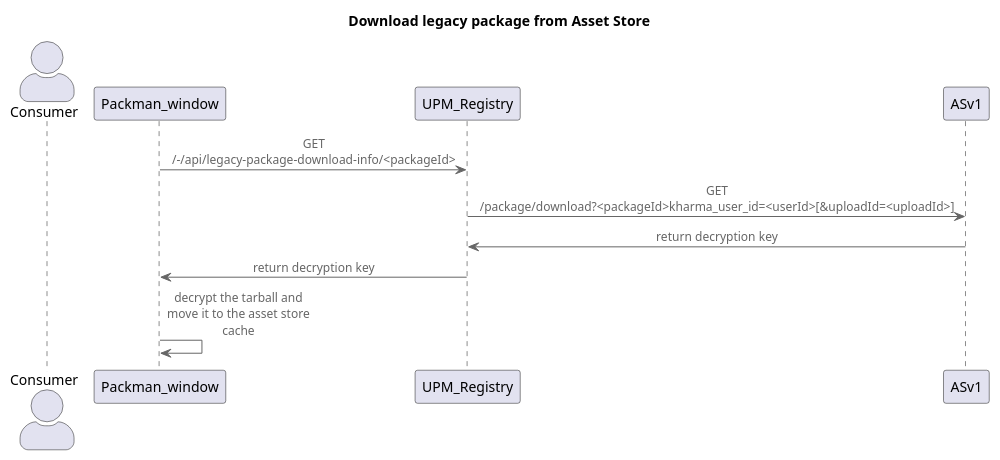
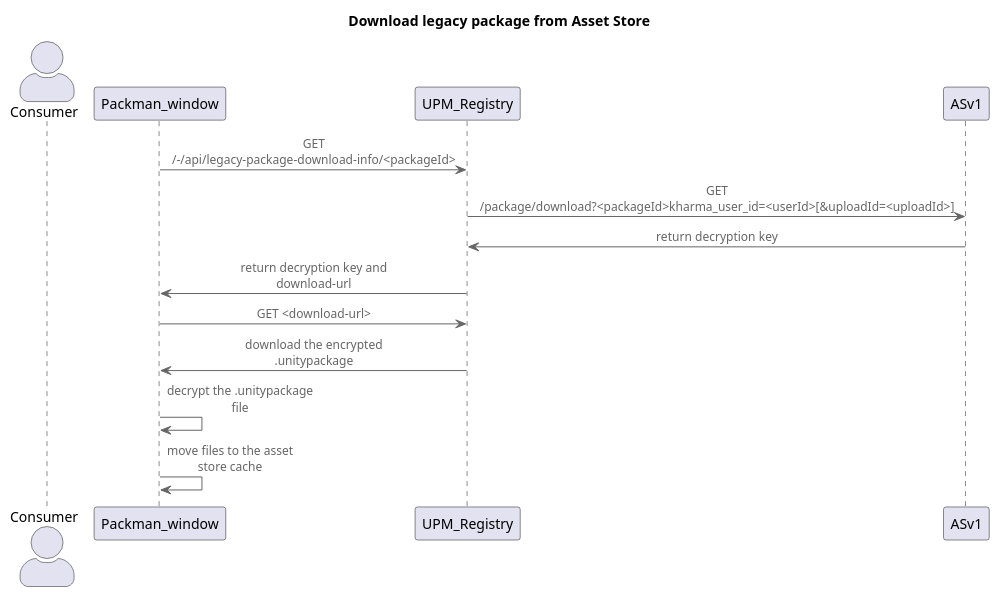
One commit to etherElric/upm-assetstore-offsite-docs changed the diagram in install_legacy_asset_store.puml. Above: the diagram before and after it, drawn with PlantUML. The commit also changed 2 other files, not shown here.

Commit message:
Updated the graphics from Maxime's comments

```diff
--- a/install_legacy_asset_store.puml
+++ b/install_legacy_asset_store.puml
@@ -1,13 +1,16 @@
 @startuml "refund-requests-api-flow"
 !include https://raw.githubusercontent.com/plantuml-stdlib/C4-PlantUML/master/C4_Component.puml
 
 title Download legacy package from Asset Store
 actor Consumer as Consumer
 
 Packman_window -> UPM_Registry : GET /-/api/legacy-package-download-info/<packageId>
 UPM_Registry -> ASv1 : GET /package/download?<packageId>kharma_user_id=<userId>[&uploadId=<uploadId>]
 ASv1 -> UPM_Registry : return decryption key
-UPM_Registry -> Packman_window: return decryption key
-Packman_window -> Packman_window : decrypt the tarball and move it to the asset store cache
+UPM_Registry -> Packman_window: return decryption key and download-url
+Packman_window -> UPM_Registry : GET <download-url>
+UPM_Registry -> Packman_window : download the encrypted .unitypackage
+Packman_window -> Packman_window : decrypt the .unitypackage file
+Packman_window -> Packman_window : move files to the asset store cache
 
 @enduml
```
